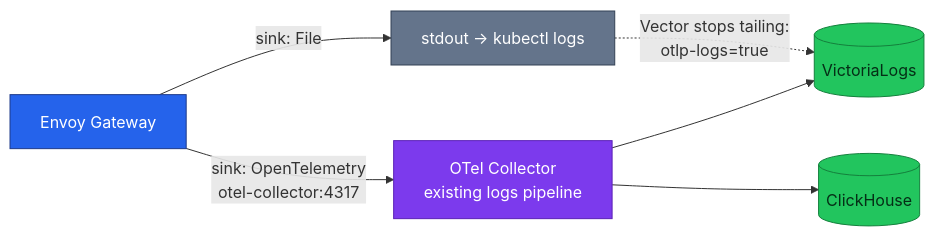
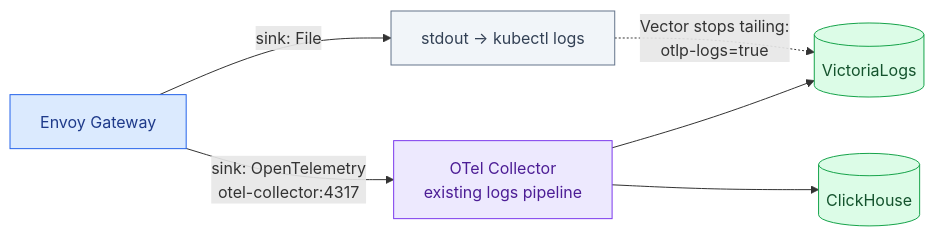
The diagram in docs/proposals/adr/ADR-060-envoy-access-log-transport/README.md (duynhlab/homelab), drawn with Mermaid before and after one commit. The commit also changed 174 other files, not shown here.

First line of the commit message:
Soft-tint diagram palette, a signal-flow diagram, a Linux-ready Draw.io skill

````diff
--- a/docs/proposals/adr/ADR-060-envoy-access-log-transport/README.md
+++ b/docs/proposals/adr/ADR-060-envoy-access-log-transport/README.md
@@ -98,18 +98,18 @@
 ```mermaid
 flowchart LR
     EG["Envoy Gateway"] -->|"sink: File"| SO["stdout → kubectl logs"]
     EG -->|"sink: OpenTelemetry<br/>otel-collector:4317"| COL["OTel Collector<br/>existing logs pipeline"]
     COL --> VL[("VictoriaLogs")]
     COL --> CH[("ClickHouse")]
     SO -.->|"Vector stops tailing:<br/>otlp-logs=true"| VL
 
-    classDef edge fill:#2563eb,color:#fff,stroke:#1e3a8a;
-    classDef platform fill:#7c3aed,color:#fff,stroke:#5b21b6;
-    classDef data fill:#22c55e,color:#052e16,stroke:#15803d;
-    classDef external fill:#64748b,color:#fff,stroke:#334155;
+    classDef edge fill:#dbeafe,color:#1e3a8a,stroke:#2563eb;
+    classDef platform fill:#ede9fe,color:#4c1d95,stroke:#7c3aed;
+    classDef data fill:#dcfce7,color:#14532d,stroke:#16a34a;
+    classDef external fill:#f1f5f9,color:#334155,stroke:#64748b;
 
     class EG edge;
     class COL platform;
     class VL,CH data;
     class SO external;
 ```
````
